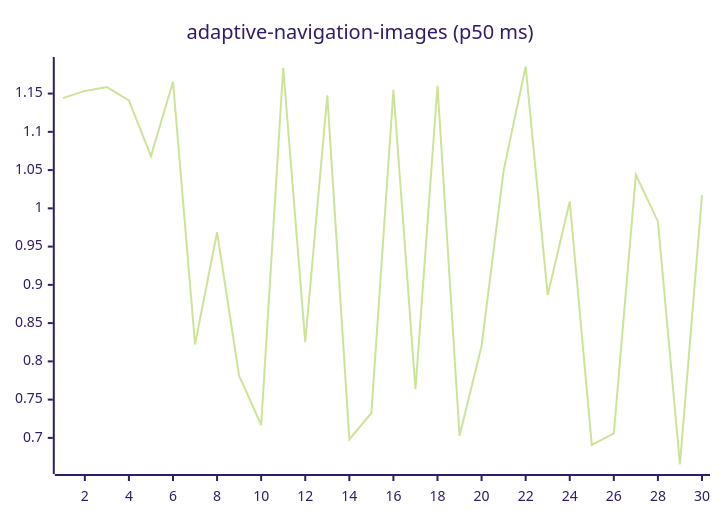
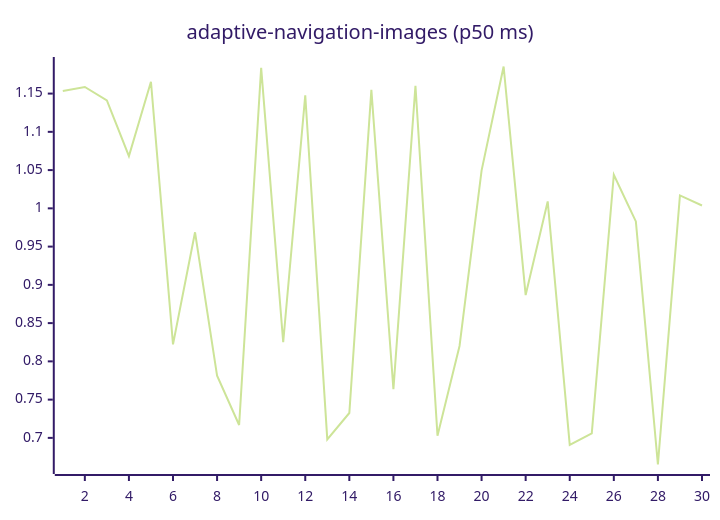
Before and after one commit to josha/Facet: the first of 27 diagrams in README.md, drawn with Mermaid (forest theme). The commit also changed other lines of this file and 2 other files, not shown here.

````diff
--- a/README.md
+++ b/README.md
@@ -63,6 +63,6 @@
 ```mermaid
 xychart-beta
     title "adaptive-navigation-images (p50 ms)"
     x-axis 1 --> 30
-    line [1.1441, 1.1535, 1.1586, 1.1410, 1.0683, 1.1655, 0.8222, 0.9687, 0.7812, 0.7168, 1.1836, 0.8250, 1.1478, 0.6980, 0.7325, 1.1549, 0.7635, 1.1603, 0.7028, 0.8201, 1.0494, 1.1854, 0.8867, 1.0090, 0.6909, 0.7058, 1.0439, 0.9829, 0.6652, 1.0169]
+    line [1.1535, 1.1586, 1.1410, 1.0683, 1.1655, 0.8222, 0.9687, 0.7812, 0.7168, 1.1836, 0.8250, 1.1478, 0.6980, 0.7325, 1.1549, 0.7635, 1.1603, 0.7028, 0.8201, 1.0494, 1.1854, 0.8867, 1.0090, 0.6909, 0.7058, 1.0439, 0.9829, 0.6652, 1.0169, 1.0037]
 ```
````
